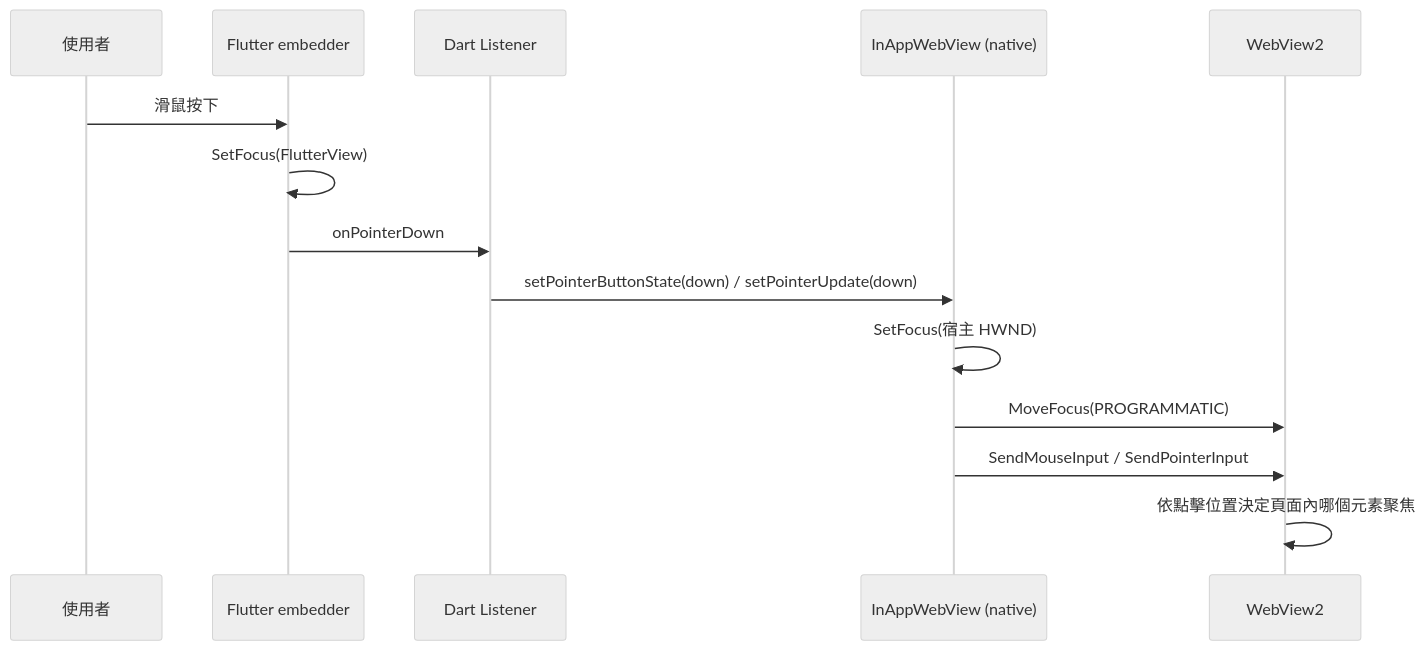
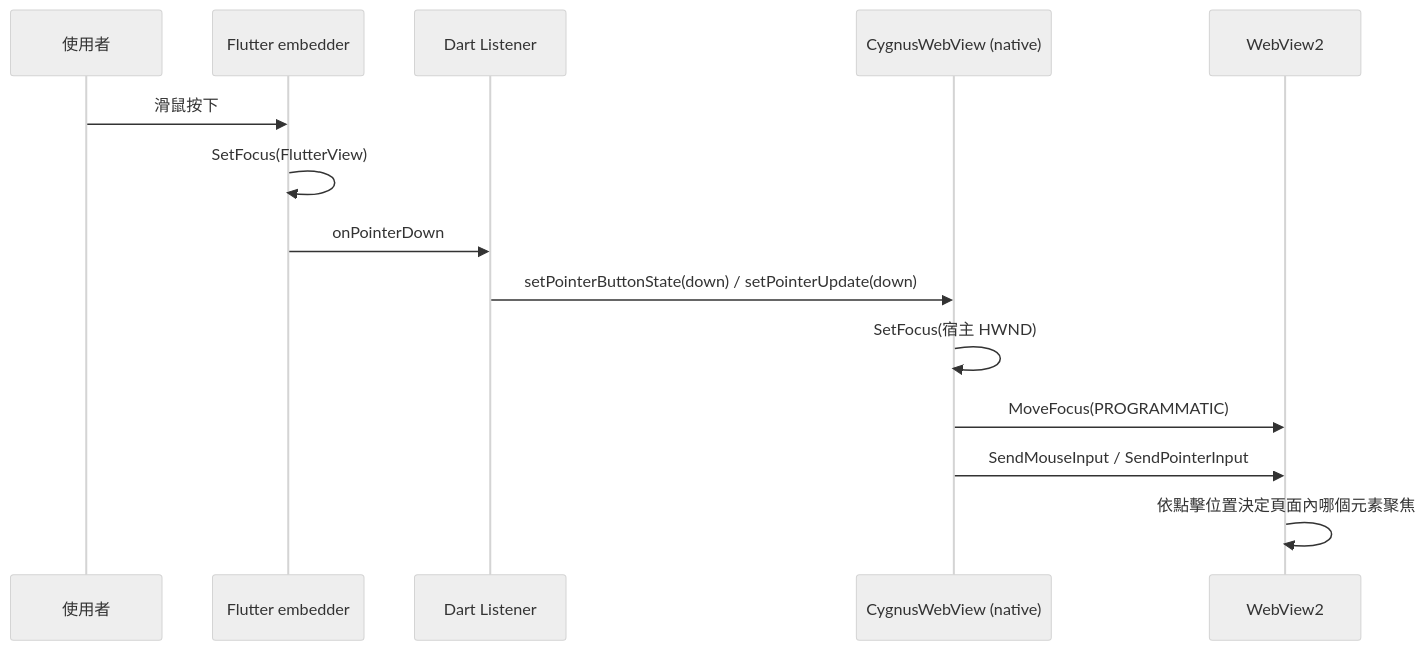
Before and after one commit to KNightING/cygnus_core: the diagram in .kn-project/wiki/features/windows-webview-focus.md, drawn with Mermaid (neutral theme). The commit also changed 10 other files, not shown here.

````diff
--- a/.kn-project/wiki/features/windows-webview-focus.md
+++ b/.kn-project/wiki/features/windows-webview-focus.md
@@ -39,17 +39,17 @@
 ```mermaid
 sequenceDiagram
   participant U as 使用者
   participant E as Flutter embedder
   participant D as Dart Listener
-  participant N as InAppWebView (native)
+  participant N as CygnusWebView (native)
   participant W as WebView2
 
   U->>E: 滑鼠按下
   E->>E: SetFocus(FlutterView)
   E->>D: onPointerDown
   D->>N: setPointerButtonState(down) / setPointerUpdate(down)
   N->>N: SetFocus(宿主 HWND)
   N->>W: MoveFocus(PROGRAMMATIC)
   N->>W: SendMouseInput / SendPointerInput
   W->>W: 依點擊位置決定頁面內哪個元素聚焦
 ```
````
